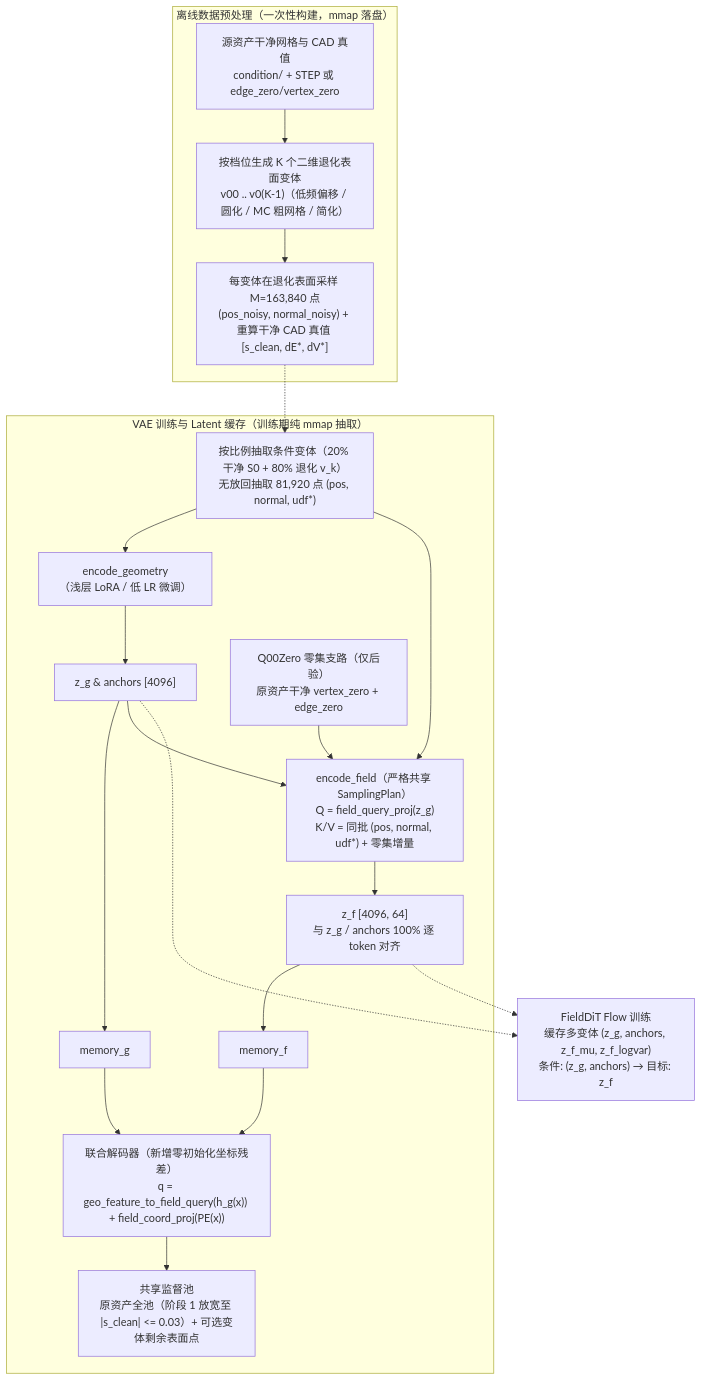
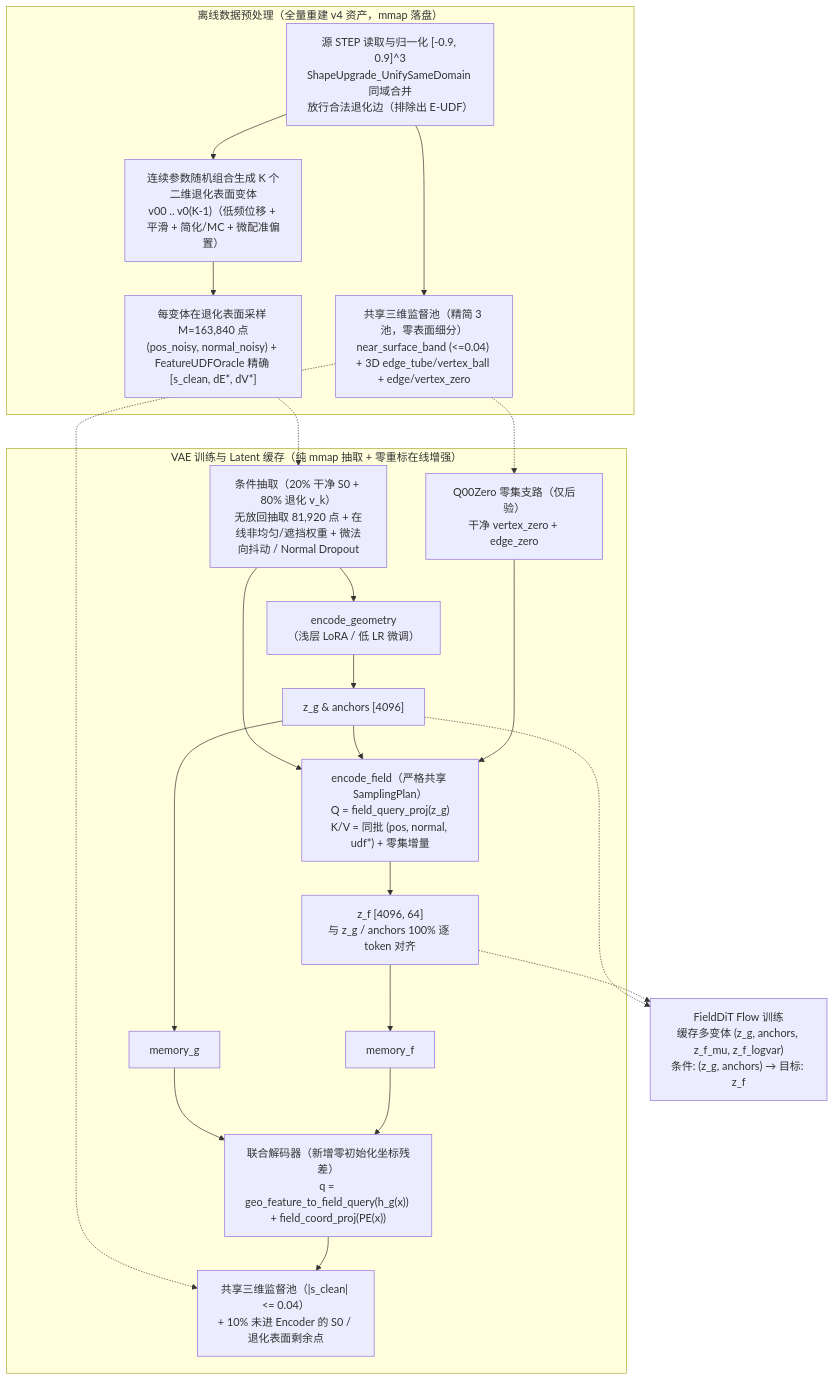
Before and after one commit to Hallucinat1on/DualBrep: the diagram in docs/ScanPairedTraining.md, drawn with Mermaid. The commit also changed other lines of this file, not shown here.

````diff
--- a/docs/ScanPairedTraining.md
+++ b/docs/ScanPairedTraining.md
@@ -82,35 +82,39 @@
 ```mermaid
 flowchart TB
-    subgraph PRE["离线数据预处理（一次性构建，mmap 落盘）"]
-        M["源资产干净网格与 CAD 真值<br/>condition/ + STEP 或 edge_zero/vertex_zero"]
-        DEG["按档位生成 K 个二维退化表面变体<br/>v00 .. v0(K-1)（低频偏移 / 圆化 / MC 粗网格 / 简化）"]
-        SAMP["每变体在退化表面采样 M=163,840 点<br/>(pos_noisy, normal_noisy) + 重算干净 CAD 真值 [s_clean, dE*, dV*]"]
-        M --> DEG --> SAMP
+    subgraph PRE["离线数据预处理（全量重建 v4 资产，mmap 落盘）"]
+        STEP["源 STEP 读取与归一化 [-0.9, 0.9]^3<br/>ShapeUpgrade_UnifySameDomain 同域合并<br/>放行合法退化边（排除出 E-UDF）"]
+        DEG["连续参数随机组合生成 K 个二维退化表面变体<br/>v00 .. v0(K-1)（低频位移 + 平滑 + 简化/MC + 微配准偏置）"]
+        SAMP["每变体在退化表面采样 M=163,840 点<br/>(pos_noisy, normal_noisy) + FeatureUDFOracle 精确 [s_clean, dE*, dV*]"]
+        POOL["共享三维监督池（精简 3 池，零表面细分）<br/>near_surface_band (<=0.04) + 3D edge_tube/vertex_ball + edge/vertex_zero"]
+        STEP --> DEG --> SAMP
+        STEP --> POOL
     end
 
-    subgraph TRAIN["VAE 训练与 Latent 缓存（训练期纯 mmap 抽取）"]
-        DRAW["按比例抽取条件变体（20% 干净 S0 + 80% 退化 v_k）<br/>无放回抽取 81,920 点 (pos, normal, udf*)"]
+    subgraph TRAIN["VAE 训练与 Latent 缓存（纯 mmap 抽取 + 零重标在线增强）"]
+        DRAW["条件抽取（20% 干净 S0 + 80% 退化 v_k）<br/>无放回抽取 81,920 点 + 在线非均匀/遮挡权重 + 微法向抖动 / Normal Dropout"]
         GE["encode_geometry<br/>（浅层 LoRA / 低 LR 微调）"]
         ZG["z_g & anchors [4096]"]
         MG["memory_g"]
 
-        ZERO["Q00Zero 零集支路（仅后验）<br/>原资产干净 vertex_zero + edge_zero"]
+        ZERO["Q00Zero 零集支路（仅后验）<br/>干净 vertex_zero + edge_zero"]
         FE["encode_field（严格共享 SamplingPlan）<br/>Q = field_query_proj(z_g)<br/>K/V = 同批 (pos, normal, udf*) + 零集增量"]
         ZF["z_f [4096, 64]<br/>与 z_g / anchors 100% 逐 token 对齐"]
         MF["memory_f"]
 
         DEC["联合解码器（新增零初始化坐标残差）<br/>q = geo_feature_to_field_query(h_g(x)) + field_coord_proj(PE(x))"]
-        SUP["共享监督池<br/>原资产全池（阶段 1 放宽至 |s_clean| <= 0.03）+ 可选变体剩余表面点"]
+        SUP["共享三维监督池（|s_clean| <= 0.04）<br/>+ 10% 未进 Encoder 的 S0 / 退化表面剩余点"]
     end
 
     FLOW["FieldDiT Flow 训练<br/>缓存多变体 (z_g, anchors, z_f_mu, z_f_logvar)<br/>条件: (z_g, anchors) → 目标: z_f"]
 
     SAMP -.-> DRAW
+    POOL -.-> SUP
+    POOL -.-> ZERO
     DRAW --> GE --> ZG --> MG --> DEC
     DRAW --> FE
     ZG --> FE
     ZERO --> FE --> ZF --> MF --> DEC
     DEC --> SUP
     ZG -.-> FLOW
     ZF -.-> FLOW
 ```
````
